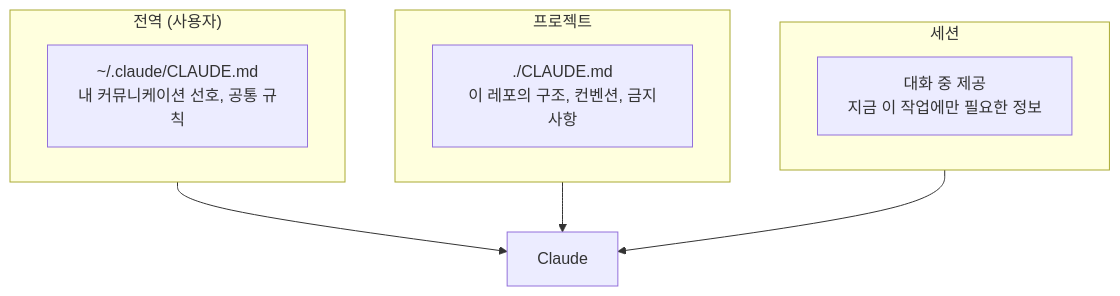
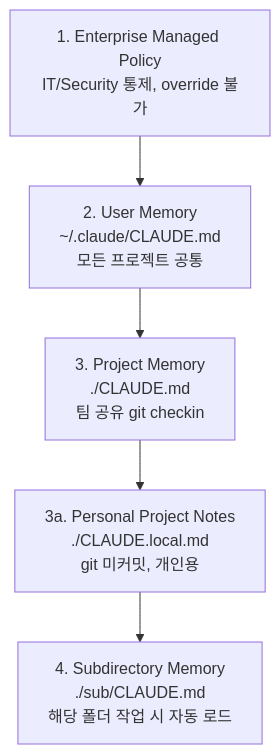
One commit to imakerjun/effective-ai-coding-sds changed the first of 2 diagrams in content/part-2-what/context-engineering.mdx. Above: the diagram before and after it, drawn with Mermaid. The commit also changed other lines of this file and 5 other files, not shown here.

````diff
--- a/content/part-2-what/context-engineering.mdx
+++ b/content/part-2-what/context-engineering.mdx
@@ -20,15 +46,9 @@
 ```mermaid
 flowchart TB
-    subgraph Global["전역 (사용자)"]
-        G[~/.claude/CLAUDE.md<br/>내 커뮤니케이션 선호, 공통 규칙]
-    end
-    subgraph Project["프로젝트"]
-        P[./CLAUDE.md<br/>이 레포의 구조, 컨벤션, 금지사항]
-    end
-    subgraph Session["세션"]
-        S[대화 중 제공<br/>지금 이 작업에만 필요한 정보]
-    end
-    Global --> LLM[Claude]
-    Project --> LLM
-    Session --> LLM
+    E[1. Enterprise Managed Policy<br/>IT/Security 통제, override 불가]
+    U[2. User Memory<br/>~/.claude/CLAUDE.md<br/>모든 프로젝트 공통]
+    P[3. Project Memory<br/>./CLAUDE.md<br/>팀 공유 git checkin]
+    L[3a. Personal Project Notes<br/>./CLAUDE.local.md<br/>git 미커밋, 개인용]
+    S[4. Subdirectory Memory<br/>./sub/CLAUDE.md<br/>해당 폴더 작업 시 자동 로드]
+    E --> U --> P --> L --> S
 ```
````
